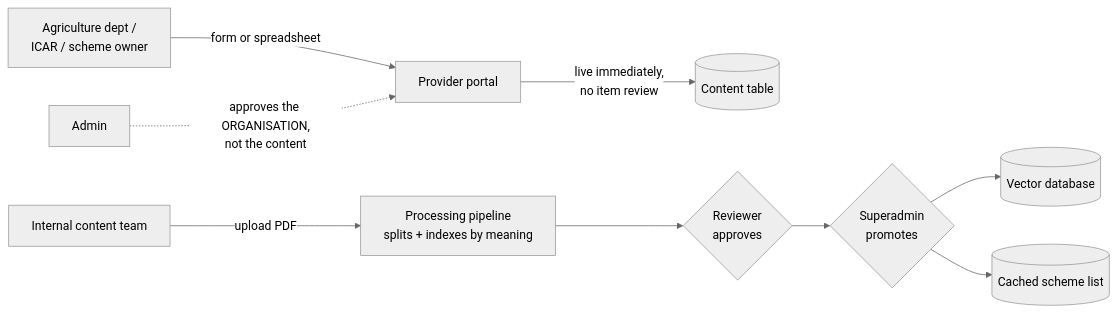
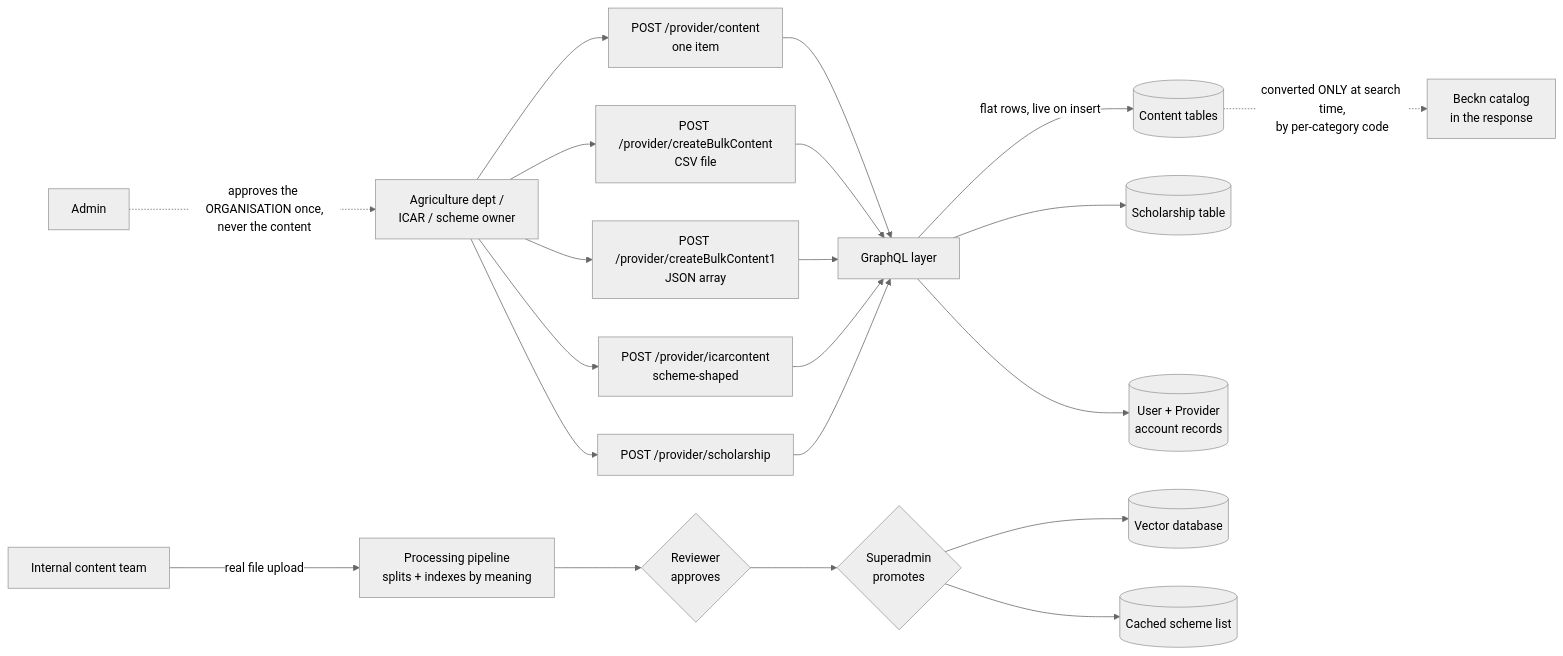
The third of 4 diagrams in ARCHITECTURE.md (manjudr/documents), drawn with Mermaid (neutral theme) before and after one commit. The commit also changed other lines of this file, not shown here.

````diff
--- a/ARCHITECTURE.md
+++ b/ARCHITECTURE.md
@@ -116,12 +140,29 @@
 ```mermaid
 graph LR
-  Dept["Agriculture dept /<br/>ICAR / scheme owner"] -->|"form or spreadsheet"| Portal["Provider portal"]
-  Portal -->|"live immediately,<br/>no item review"| DB[("Content table")]
-  Admin["Admin"] -.->|"approves the ORGANISATION,<br/>not the content"| Portal
+  Dept["Agriculture dept /<br/>ICAR / scheme owner"]
+  Dept --> E1["POST /provider/content<br/>one item"]
+  Dept --> E2["POST /provider/createBulkContent<br/>CSV file"]
+  Dept --> E3["POST /provider/createBulkContent1<br/>JSON array"]
+  Dept --> E4["POST /provider/icarcontent<br/>scheme-shaped"]
+  Dept --> E5["POST /provider/scholarship"]
 
-  Team["Internal content team"] -->|"upload PDF"| Pipe["Processing pipeline<br/>splits + indexes by meaning"]
+  E1 --> GQL["GraphQL layer"]
+  E2 --> GQL
+  E3 --> GQL
+  E4 --> GQL
+  E5 --> GQL
+
+  Admin["Admin"] -.->|"approves the ORGANISATION once,<br/>never the content"| Dept
+
+  GQL -->|"flat rows, live on insert"| DB[("Content tables")]
+  GQL --> SCH[("Scholarship table")]
+  GQL --> ACC[("User + Provider<br/>account records")]
+
+  DB -.->|"converted ONLY at search time,<br/>by per-category code"| BK["Beckn catalog<br/>in the response"]
+
+  Team["Internal content team"] -->|"real file upload"| Pipe["Processing pipeline<br/>splits + indexes by meaning"]
   Pipe --> Rev{"Reviewer<br/>approves"}
   Rev --> Sup{"Superadmin<br/>promotes"}
   Sup --> VDB[("Vector database")]
   Sup --> Cache[("Cached scheme list")]
 ```
````
